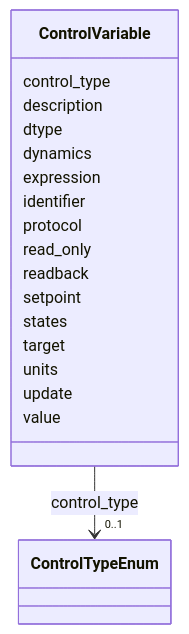
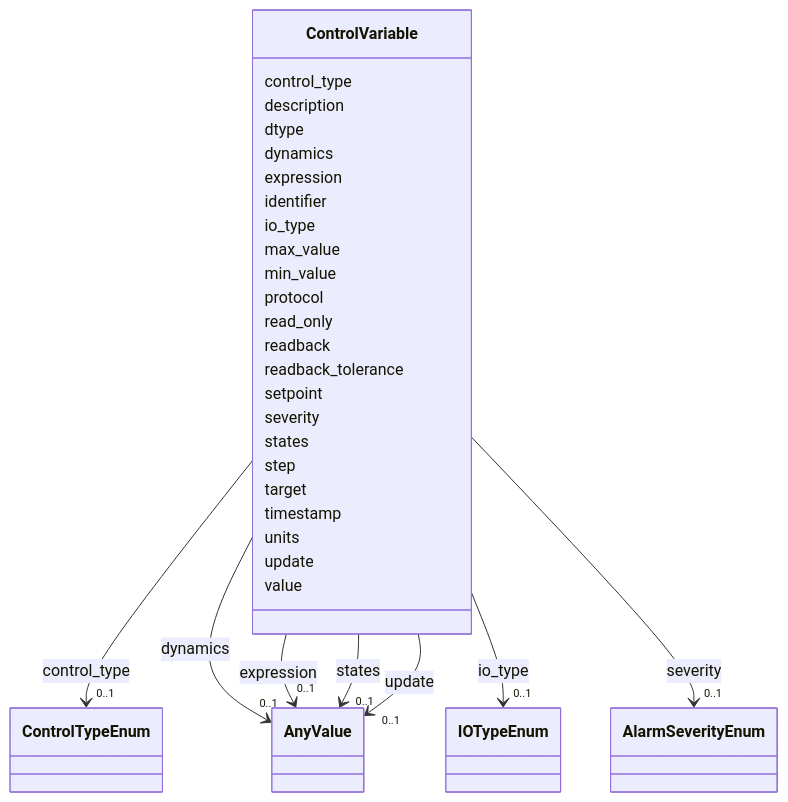
One commit to astec-stfc/laura changed the diagram in docs/source/schema/ControlVariable.md. Above: the diagram before and after it, drawn with Mermaid. The commit also changed other lines of this file and 45 other files, not shown here.

```diff
--- a/docs/source/schema/ControlVariable.md
+++ b/docs/source/schema/ControlVariable.md
@@ -36,9 +36,42 @@
         
       ControlVariable : dynamics
         
+          
+    
+        
+        
+        ControlVariable --> "0..1" AnyValue : dynamics
+        click AnyValue href "../AnyValue/"
+    
+
+        
       ControlVariable : expression
         
+          
+    
+        
+        
+        ControlVariable --> "0..1" AnyValue : expression
+        click AnyValue href "../AnyValue/"
+    
+
+        
       ControlVariable : identifier
+        
+      ControlVariable : io_type
+        
+          
+    
+        
+        
+        ControlVariable --> "0..1" IOTypeEnum : io_type
+        click IOTypeEnum href "../IOTypeEnum/"
+    
+
+        
+      ControlVariable : max_value
+        
+      ControlVariable : min_value
         
       ControlVariable : protocol
         
@@ -46,16 +79,51 @@
         
       ControlVariable : readback
         
+      ControlVariable : readback_tolerance
+        
       ControlVariable : setpoint
+        
+      ControlVariable : severity
+        
+          
+    
+        
+        
+        ControlVariable --> "0..1" AlarmSeverityEnum : severity
+        click AlarmSeverityEnum href "../AlarmSeverityEnum/"
+    
+
         
       ControlVariable : states
         
+          
+    
+        
+        
+        ControlVariable --> "0..1" AnyValue : states
+        click AnyValue href "../AnyValue/"
+    
+
+        
+      ControlVariable : step
+        
       ControlVariable : target
+        
+      ControlVariable : timestamp
         
       ControlVariable : units
         
       ControlVariable : update
         
+          
+    
+        
+        
+        ControlVariable --> "0..1" AnyValue : update
+        click AnyValue href "../AnyValue/"
+    
+
+        
       ControlVariable : value
         
       
```
